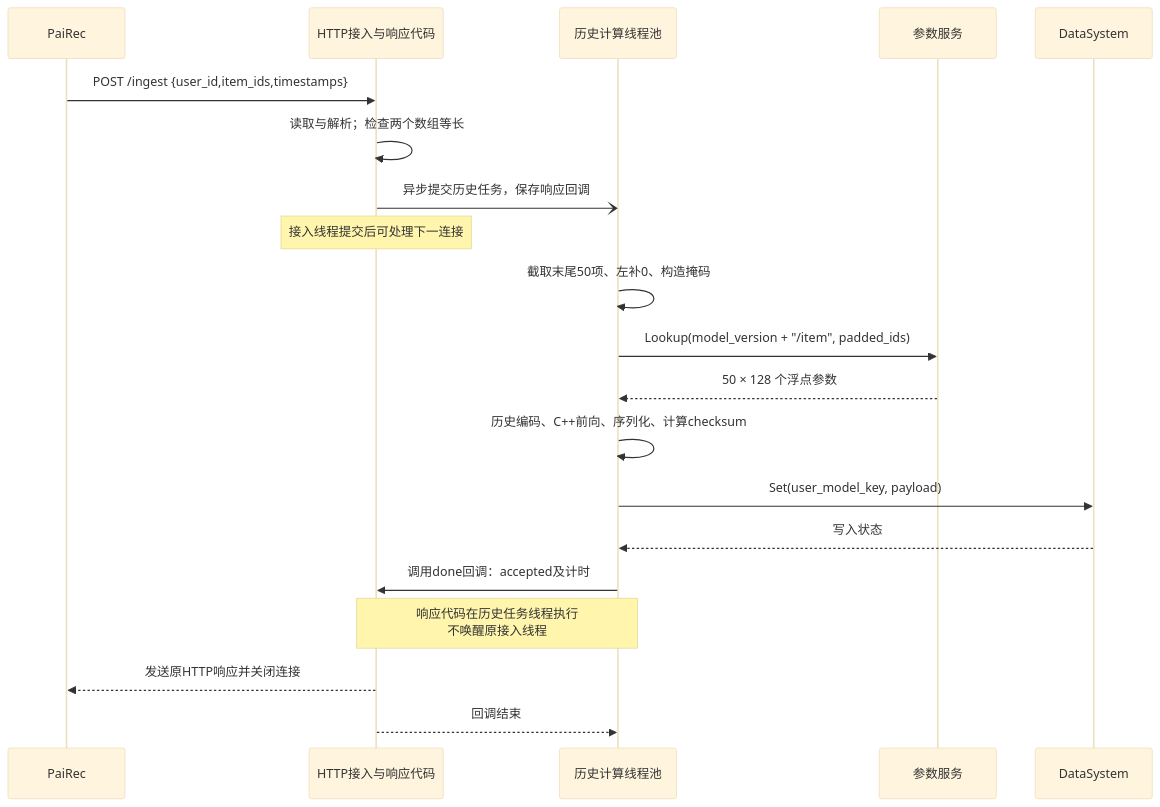
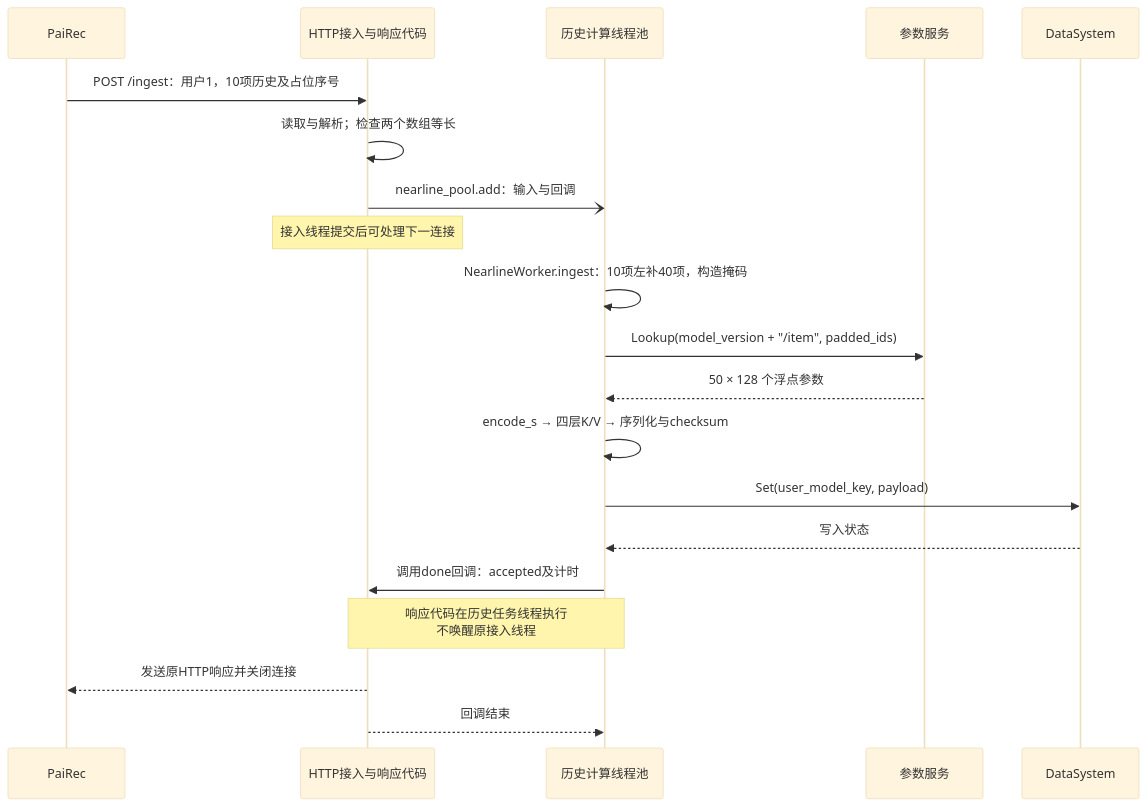
The diagram in diagrams/02_onetrans_03.mmd (bitianyuan123/docs), drawn with Mermaid (base theme) before and after one commit. The commit also changed 110 other files, not shown here.

```diff
--- a/diagrams/02_onetrans_03.mmd
+++ b/diagrams/02_onetrans_03.mmd
@@ -1,20 +1,20 @@
 sequenceDiagram
     participant P as PaiRec
     participant A as HTTP接入与响应代码
     participant H as 历史计算线程池
     participant PS as 参数服务
     participant DS as DataSystem
-    P->>A: POST /ingest {user_id,item_ids,timestamps}
+    P->>A: POST /ingest：用户1，10项历史及占位序号
     A->>A: 读取与解析；检查两个数组等长
-    A-)H: 异步提交历史任务，保存响应回调
+    A-)H: nearline_pool.add：输入与回调
     Note over A: 接入线程提交后可处理下一连接
-    H->>H: 截取末尾50项、左补0、构造掩码
+    H->>H: NearlineWorker.ingest：10项左补40项，构造掩码
     H->>PS: Lookup(model_version + "/item", padded_ids)
     PS-->>H: 50 × 128 个浮点参数
-    H->>H: 历史编码、C++前向、序列化、计算checksum
+    H->>H: encode_s → 四层K/V → 序列化与checksum
     H->>DS: Set(user_model_key, payload)
     DS-->>H: 写入状态
     H->>A: 调用done回调：accepted及计时
     Note over A,H: 响应代码在历史任务线程执行<br/>不唤醒原接入线程
     A-->>P: 发送原HTTP响应并关闭连接
     A-->>H: 回调结束
```
